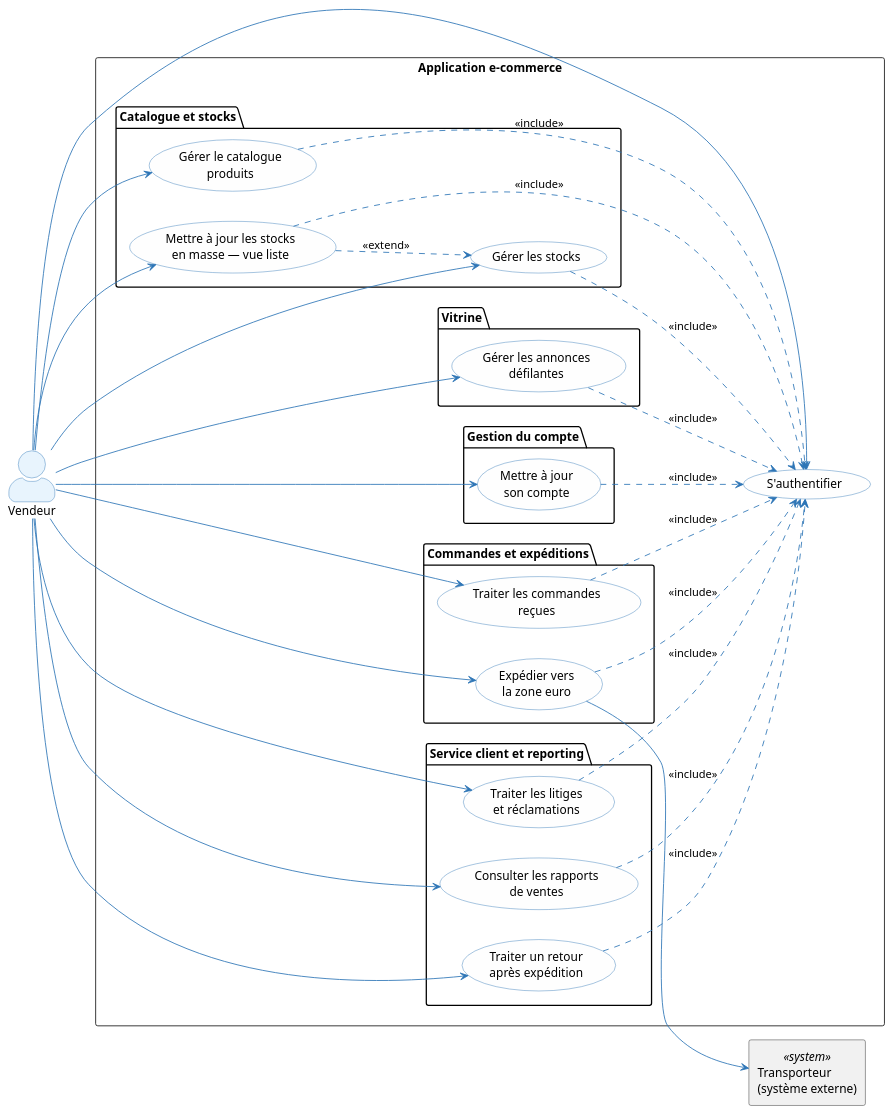
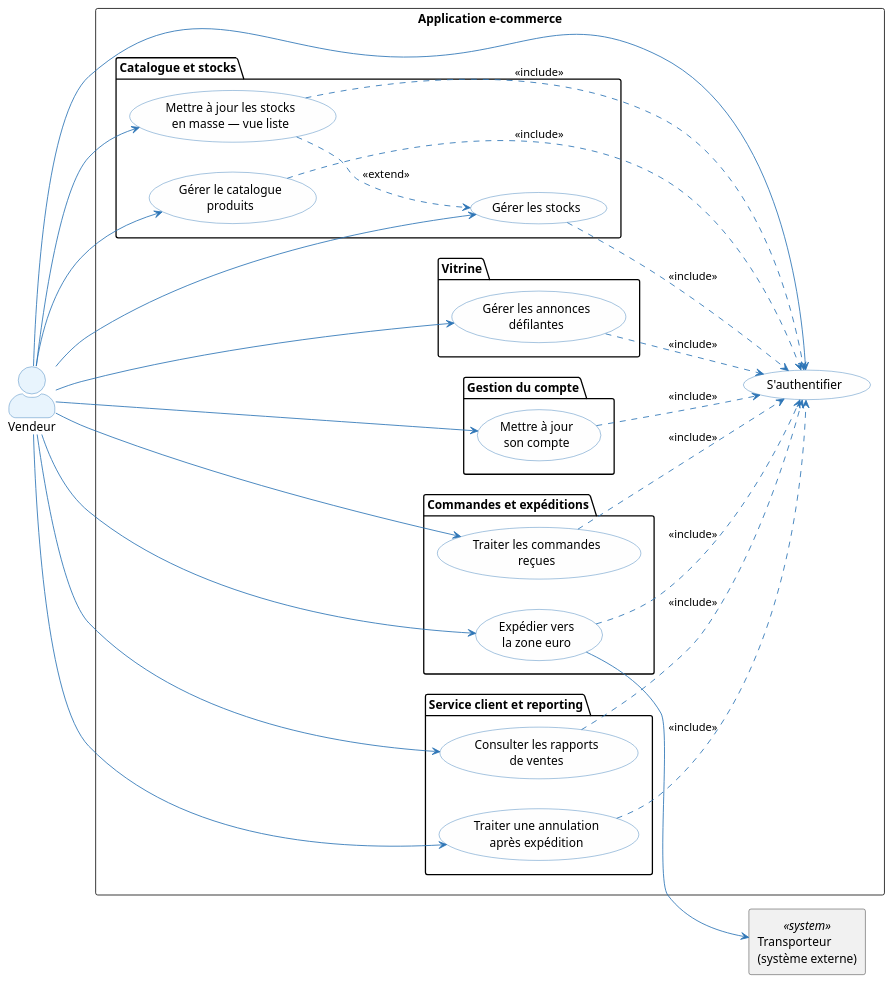
The second of 4 diagrams in architecture/01-operational-analysis/oa.adoc (louistalvande/online_shop), drawn with PlantUML before and after one commit. The commit also changed other lines of this file and 4 other files, not shown here.

```diff
--- a/architecture/01-operational-analysis/oa.adoc
+++ b/architecture/01-operational-analysis/oa.adoc
@@ -186,66 +186,63 @@
 [plantuml, oa-uc-vendor, svg]
 ----
 skinparam actorStyle awesome
 skinparam usecase {
   BackgroundColor #FEFEFE
   BorderColor #2E75B6
   ArrowColor #2E75B6
 }
 skinparam actor {
   BackgroundColor #E8F4FD
   BorderColor #2E75B6
 }
 
 left to right direction
 
 actor "Vendeur" as Vendor
 rectangle "Transporteur\n(système externe)" as Carrier <<system>>
 
 rectangle "Application e-commerce" {
   usecase (S'authentifier) as UC_V_AUTH
   package "Gestion du compte" {
     usecase (Mettre à jour\nson compte) as UC_V0
   }
   package "Catalogue et stocks" {
     usecase (Gérer le catalogue\nproduits) as UC_V1
     usecase (Gérer les stocks) as UC_V2
     usecase (Mettre à jour les stocks\nen masse — vue liste) as UC_V10
   }
   package "Commandes et expéditions" {
     usecase (Traiter les commandes\nreçues) as UC_V3
     usecase (Expédier vers\nla zone euro) as UC_V4
   }
   package "Service client et reporting" {
-    usecase (Traiter les litiges\net réclamations) as UC_V5
     usecase (Consulter les rapports\nde ventes) as UC_V6
-    usecase (Traiter un retour\naprès expédition) as UC_V8
+    usecase (Traiter une annulation\naprès expédition) as UC_V8
   }
   package "Vitrine" {
     usecase (Gérer les annonces\ndéfilantes) as UC_V9
   }
 }
 
 Vendor --> UC_V_AUTH
 Vendor --> UC_V0
 Vendor --> UC_V1
 Vendor --> UC_V2
 Vendor --> UC_V10
 Vendor --> UC_V3
 Vendor --> UC_V4
-Vendor --> UC_V5
 Vendor --> UC_V6
 Vendor --> UC_V8
 Vendor --> UC_V9
 UC_V0 ..> UC_V_AUTH : <<include>>
 UC_V1 ..> UC_V_AUTH : <<include>>
 UC_V2 ..> UC_V_AUTH : <<include>>
 UC_V3 ..> UC_V_AUTH : <<include>>
 UC_V4 ..> UC_V_AUTH : <<include>>
-UC_V5 ..> UC_V_AUTH : <<include>>
 UC_V6 ..> UC_V_AUTH : <<include>>
 UC_V8 ..> UC_V_AUTH : <<include>>
 UC_V9 ..> UC_V_AUTH : <<include>>
 UC_V10 ..> UC_V_AUTH : <<include>>
 UC_V10 ..> UC_V2 : <<extend>>
 UC_V4 --> Carrier
 ----
```
